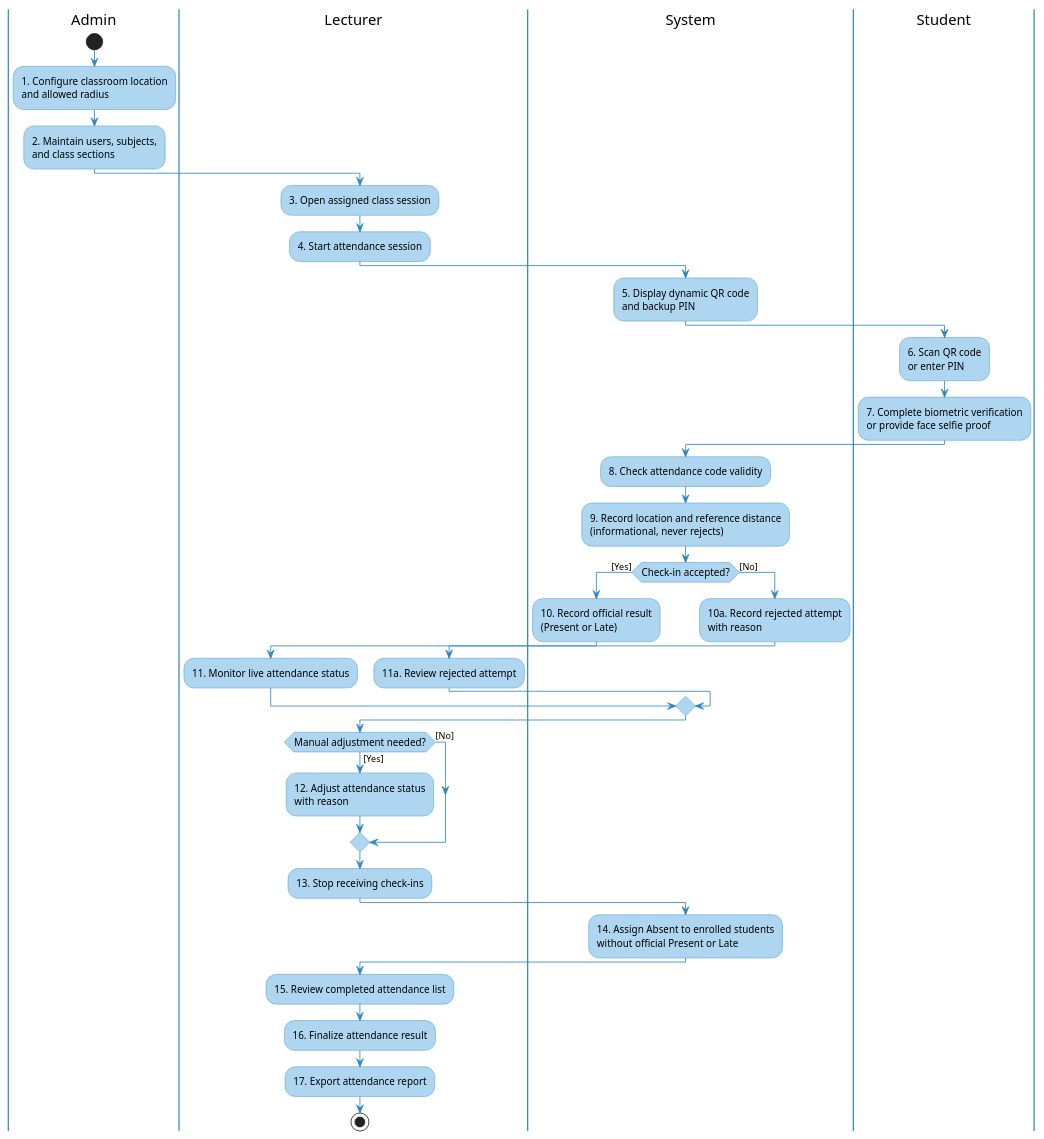
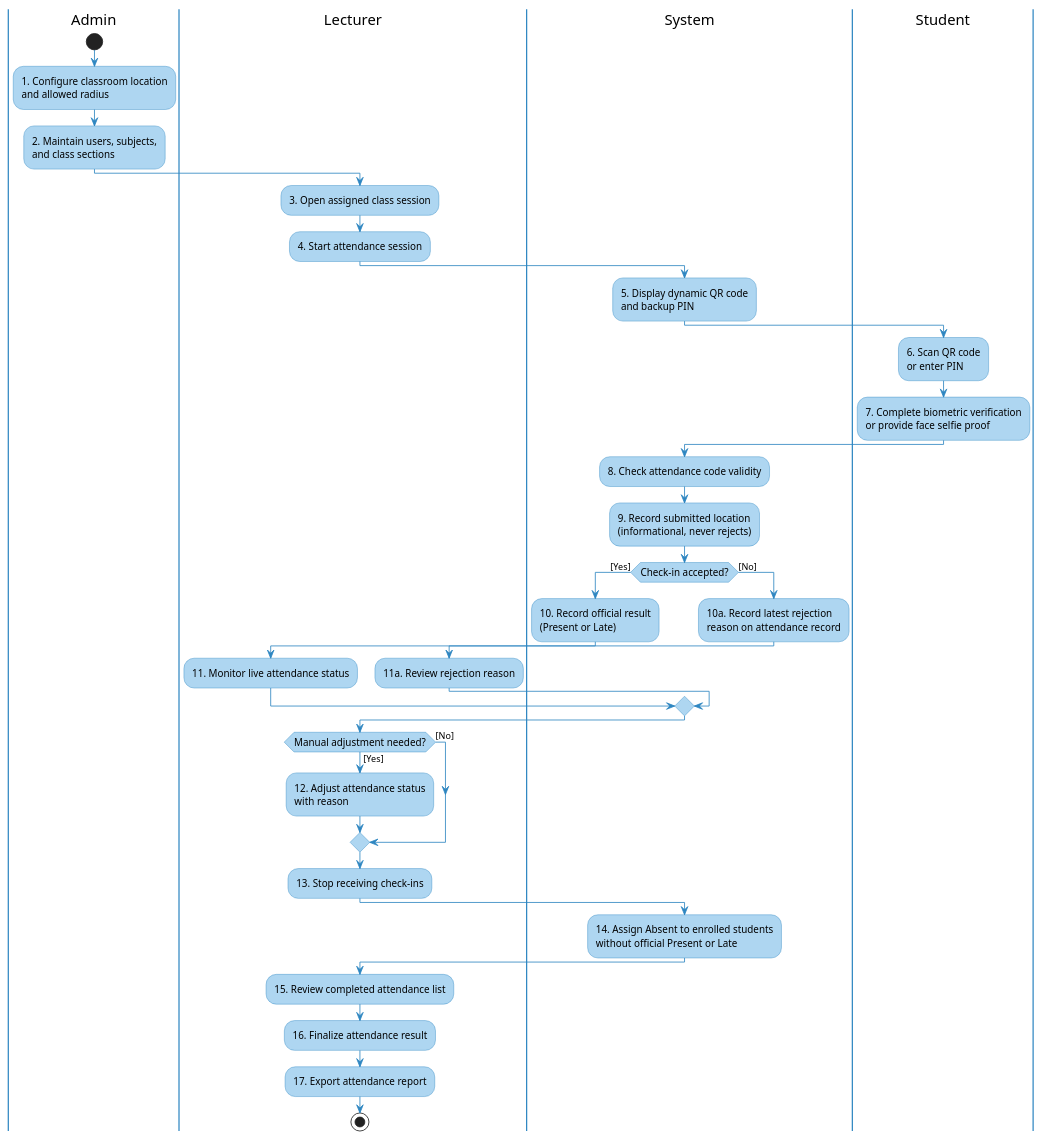
One commit to nttung42/SWD392 changed the third of 6 diagrams in docs/rds/1_Requirement.md. Above: the diagram before and after it, drawn with PlantUML. The commit also changed other lines of this file and 4 other files, not shown here.

Commit message:
not force calculate distance and merge checkin attemp with attendance record

````diff
--- a/docs/rds/1_Requirement.md
+++ b/docs/rds/1_Requirement.md
@@ -407,57 +407,57 @@
 ```plantuml
 @startuml Overall_Attendance_Process_Activity
 skinparam ActivityBackgroundColor #AED6F1
 skinparam ActivityBorderColor #2E86C1
 skinparam ActivityDiamondBackgroundColor #AED6F1
 skinparam ActivityDiamondBorderColor #2E86C1
 skinparam ArrowColor #2E86C1
 skinparam ActivityFontSize 12
 skinparam swimlaneBorderColor #2E86C1
 skinparam swimlaneHeaderFontStyle bold
 
 |Admin|
 start
 :1. Configure classroom location\nand allowed radius;
 :2. Maintain users, subjects,\nand class sections;
 
 |Lecturer|
 :3. Open assigned class session;
 :4. Start attendance session;
 
 |System|
 :5. Display dynamic QR code\nand backup PIN;
 
 |Student|
 :6. Scan QR code\nor enter PIN;
 :7. Complete biometric verification\nor provide face selfie proof;
 
 |System|
 :8. Check attendance code validity;
-:9. Record location and reference distance\n(informational, never rejects);
+:9. Record submitted location\n(informational, never rejects);
 
 if (Check-in accepted?) then ([Yes])
   :10. Record official result\n(Present or Late);
   |Lecturer|
   :11. Monitor live attendance status;
 else ([No])
   |System|
-  :10a. Record rejected attempt\nwith reason;
+  :10a. Record latest rejection\nreason on attendance record;
   |Lecturer|
-  :11a. Review rejected attempt;
+  :11a. Review rejection reason;
 endif
 
 |Lecturer|
 if (Manual adjustment needed?) then ([Yes])
   :12. Adjust attendance status\nwith reason;
 else ([No])
 endif
 :13. Stop receiving check-ins;
 |System|
 :14. Assign Absent to enrolled students\nwithout official Present or Late;
 |Lecturer|
 :15. Review completed attendance list;
 :16. Finalize attendance result;
 :17. Export attendance report;
 stop
 @enduml
 ```
````
